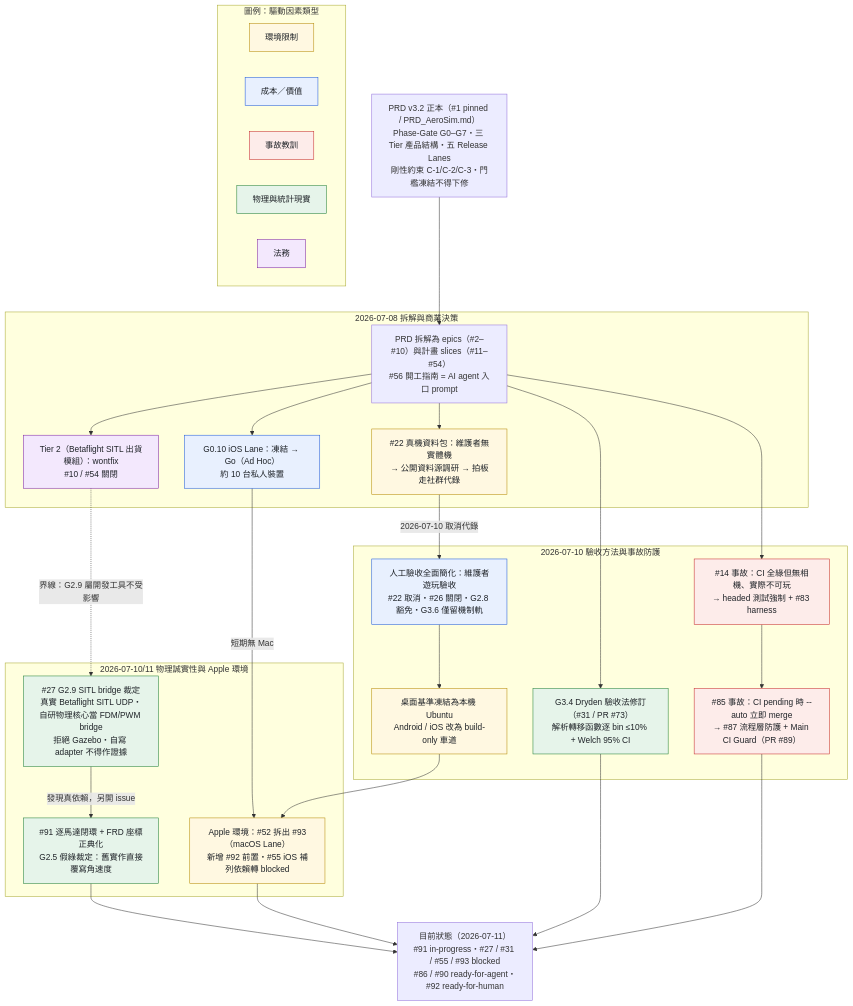
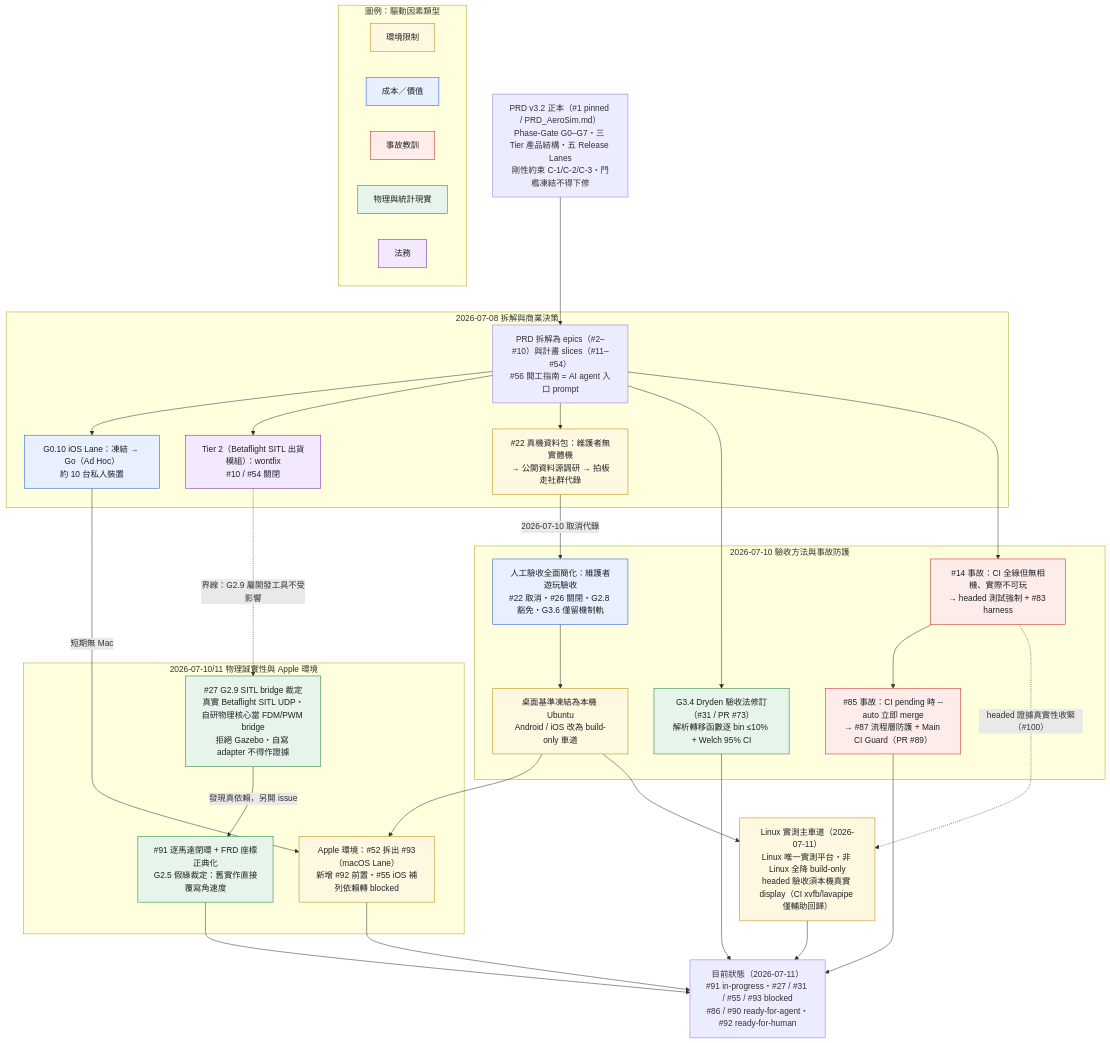
The first of 2 diagrams in docs/development-decision-flow.md (KarlSideProjects/AeroSim), drawn with Mermaid before and after one commit. The commit also changed other lines of this file, not shown here.

First line of the commit message:
docs: [docs-ai] 補 Linux 實測主車道決策節點與 headed 真實 display 收緊

````diff
--- a/docs/development-decision-flow.md
+++ b/docs/development-decision-flow.md
@@ -16,65 +16,70 @@
 ```mermaid
 flowchart TD
     PRD["PRD v3.2 正本（#1 pinned / PRD_AeroSim.md）<br/>Phase-Gate G0–G7・三 Tier 產品結構・五 Release Lanes<br/>剛性約束 C-1/C-2/C-3・門檻凍結不得下修"]
 
     subgraph D1["2026-07-08 拆解與商業決策"]
         SPLIT["PRD 拆解為 epics（#2–#10）與計畫 slices（#11–#54）<br/>#56 開工指南 = AI agent 入口 prompt"]
         IOS["G0.10 iOS Lane：凍結 → Go（Ad Hoc）<br/>約 10 台私人裝置"]
         T2["Tier 2（Betaflight SITL 出貨模組）：wontfix<br/>#10 / #54 關閉"]
         DATA1["#22 真機資料包：維護者無實體機<br/>→ 公開資料源調研 → 拍板走社群代錄"]
     end
 
     subgraph D2["2026-07-10 驗收方法與事故防護"]
         G34["G3.4 Dryden 驗收法修訂（#31 / PR #73）<br/>解析轉移函數逐 bin ≤10% + Welch 95% CI"]
         SIMP["人工驗收全面簡化：維護者遊玩驗收<br/>#22 取消・#26 關閉・G2.8 豁免・G3.6 僅留機制軌"]
         LANES["桌面基準凍結為本機 Ubuntu<br/>Android / iOS 改為 build-only 車道"]
         I14["#14 事故：CI 全綠但無相機、實際不可玩<br/>→ headed 測試強制 + #83 harness"]
         I87["#85 事故：CI pending 時 --auto 立即 merge<br/>→ #87 流程層防護 + Main CI Guard（PR #89）"]
     end
 
     subgraph D3["2026-07-10/11 物理誠實性與 Apple 環境"]
         SITL["#27 G2.9 SITL bridge 裁定<br/>真實 Betaflight SITL UDP・自研物理核心當 FDM/PWM bridge<br/>拒絕 Gazebo・自寫 adapter 不得作證據"]
         M91["#91 逐馬達閉環 + FRD 座標正典化<br/>G2.5 假綠裁定：舊實作直接覆寫角速度"]
         APPLE["Apple 環境：#52 拆出 #93（macOS Lane）<br/>新增 #92 前置・#55 iOS 補列依賴轉 blocked"]
     end
 
+    LINPRI["Linux 實測主車道（2026-07-11）<br/>Linux 唯一實測平台・非 Linux 全降 build-only<br/>headed 驗收須本機真實 display（CI xvfb/lavapipe 僅輔助回歸）"]
+
     NOW["目前狀態（2026-07-11）<br/>#91 in-progress・#27 / #31 / #55 / #93 blocked<br/>#86 / #90 ready-for-agent・#92 ready-for-human"]
 
     PRD --> SPLIT
     SPLIT --> IOS
     SPLIT --> T2
     SPLIT --> DATA1
     DATA1 -->|"2026-07-10 取消代錄"| SIMP
     SIMP --> LANES
     SPLIT --> G34
     SPLIT --> I14
     I14 --> I87
     T2 -.->|"界線：G2.9 屬開發工具不受影響"| SITL
     SITL -->|"發現真依賴，另開 issue"| M91
     IOS -->|"短期無 Mac"| APPLE
     LANES --> APPLE
+    LANES --> LINPRI
+    I14 -.->|"headed 證據真實性收緊（#100）"| LINPRI
+    LINPRI --> NOW
     M91 --> NOW
     APPLE --> NOW
     G34 --> NOW
     I87 --> NOW
 
     classDef env fill:#fff8e1,stroke:#b58900,color:#1f2328
     classDef cost fill:#e8f0fe,stroke:#1a56db,color:#1f2328
     classDef incident fill:#fdecea,stroke:#c62828,color:#1f2328
     classDef physics fill:#e6f4ea,stroke:#1e7e34,color:#1f2328
     classDef legal fill:#f3e8fd,stroke:#7b1fa2,color:#1f2328
 
-    class DATA1,LANES,APPLE env
+    class DATA1,LANES,APPLE,LINPRI env
     class IOS,SIMP cost
     class I14,I87 incident
     class G34,M91,SITL physics
     class T2 legal
 
     subgraph LEGEND["圖例：驅動因素類型"]
         L1["環境限制"]:::env
         L2["成本／價值"]:::cost
         L3["事故教訓"]:::incident
         L4["物理與統計現實"]:::physics
         L5["法務"]:::legal
     end
 ```
````
